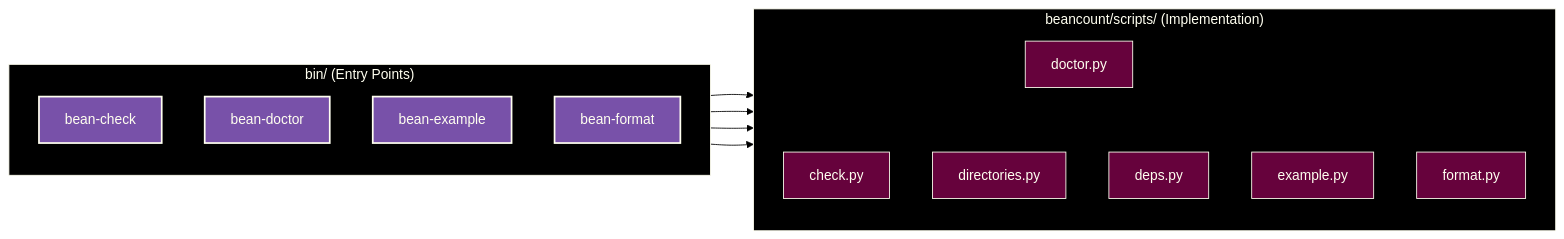
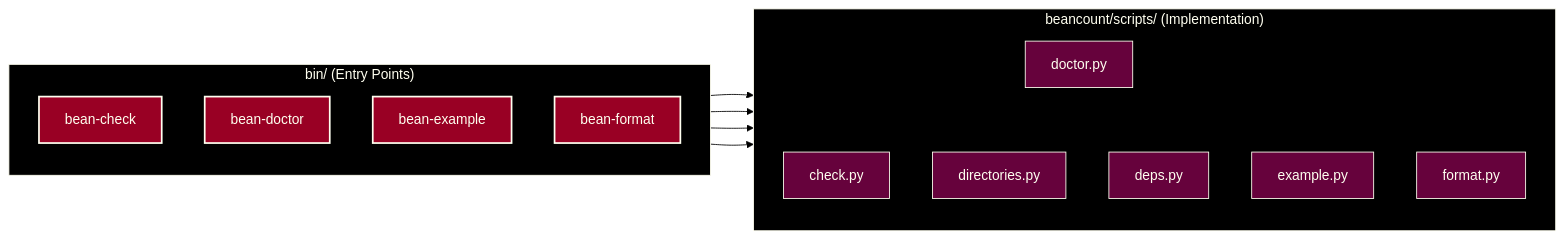
The diagram in beancount/scripts/docs.md (ryanduguid/beancount), drawn with Mermaid before and after one commit. The commit also changed 2 other files, not shown here.

Commit message:
docs: match Mermaid accents to website palette (#6)
Replace #7851A9 with #990024 in Mermaid diagrams.

````diff
--- a/beancount/scripts/docs.md
+++ b/beancount/scripts/docs.md
@@ -53,32 +53,32 @@
 ```mermaid
 graph LR
 %%{init: {"theme": "base", "look": "classic", "themeVariables": {"background": "#000000", "primaryColor": "#66023C", "primaryTextColor": "#FFFFF0", "primaryBorderColor": "#FFFFF0", "lineColor": "#000000", "textColor": "#FFFFF0", "edgeLabelBackground": "#000000", "clusterBkg": "#000000", "clusterBorder": "#FFFFF0", "titleColor": "#FFFFF0"}, "themeCSS": ".flowchart-link, .relationshipLine, marker path { filter: drop-shadow(0px 1px 0px #FFFFF0) drop-shadow(0px -1px 0px #FFFFF0) drop-shadow(1px 0px 0px #FFFFF0) drop-shadow(-1px 0px 0px #FFFFF0); }"}}%%
     subgraph bin_dir ["bin/ (Entry Points)"]
         direction TB
         bc[bean-check]
         bd[bean-doctor]
         be[bean-example]
         bf[bean-format]
     end
 
     subgraph scripts_dir ["beancount/scripts/ (Implementation)"]
         direction TB
         check[check.py]
         doctor[doctor.py]
         example[example.py]
         format[format.py]
         directories[directories.py]
         deps[deps.py]
     end
 
     bc --> check
     bd --> doctor
     be --> example
     bf --> format
     doctor -.-> directories
     doctor -.-> deps
-    style bc fill:#7851A9,stroke:#FFFFF0,stroke-width:2px,color:#FFFFF0
-    style bd fill:#7851A9,stroke:#FFFFF0,stroke-width:2px,color:#FFFFF0
-    style be fill:#7851A9,stroke:#FFFFF0,stroke-width:2px,color:#FFFFF0
-    style bf fill:#7851A9,stroke:#FFFFF0,stroke-width:2px,color:#FFFFF0
+    style bc fill:#990024,stroke:#FFFFF0,stroke-width:2px,color:#FFFFF0
+    style bd fill:#990024,stroke:#FFFFF0,stroke-width:2px,color:#FFFFF0
+    style be fill:#990024,stroke:#FFFFF0,stroke-width:2px,color:#FFFFF0
+    style bf fill:#990024,stroke:#FFFFF0,stroke-width:2px,color:#FFFFF0
 ```
````
